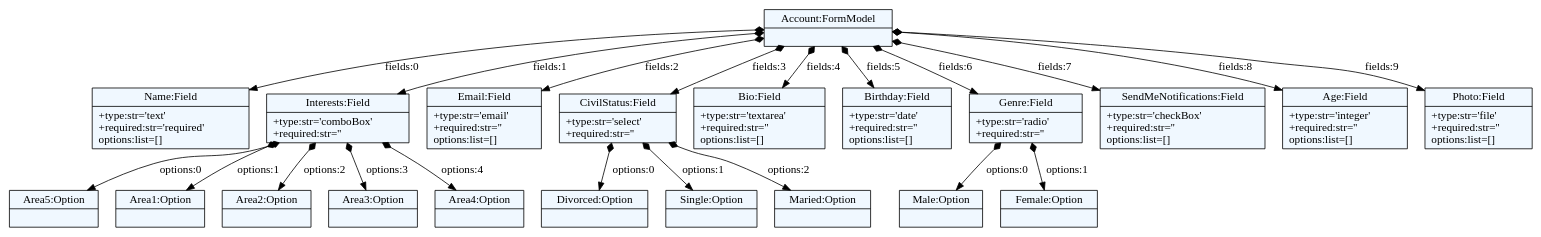
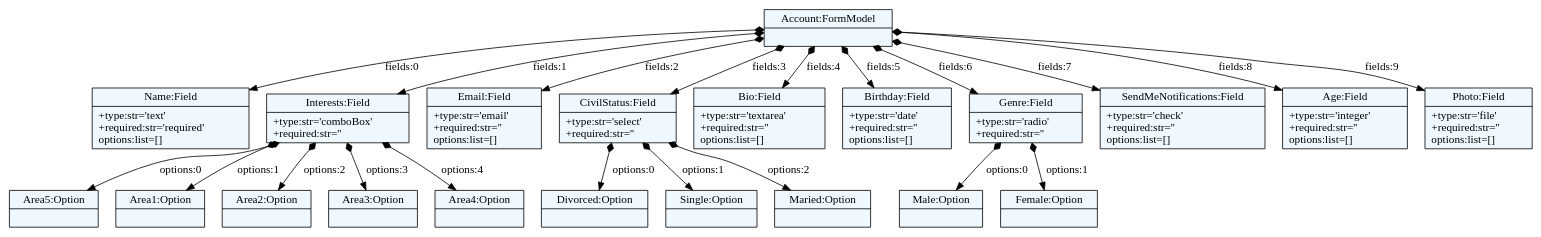
The diagram in srcgen/dot/form.dot (Aniz/formDSL), drawn with Graphviz before and after one commit. The commit also changed 4 other files, not shown here.

```diff
--- a/srcgen/dot/form.dot
+++ b/srcgen/dot/form.dot
@@ -1,56 +1,56 @@
 
     digraph xtext {
     fontname = "Bitstream Vera Sans"
     fontsize = 8
     node[
         shape=record,
         style=filled,
         fillcolor=aliceblue
     ]
     nodesep = 0.3
     edge[dir=black,arrowtail=empty]
 
 
-4416356136 -> 4416492992 [label="fields:0" arrowtail=diamond dir=both]
-4416492992[label="{Name:Field|+type:str='text'\l+required:str='required'\loptions:list=[]\l}"]
-4416356136 -> 4416493048 [label="fields:1" arrowtail=diamond dir=both]
-4416493048 -> 4416493216 [label="options:0" arrowtail=diamond dir=both]
-4416493216[label="{Area5:Option|}"]
-4416493048 -> 4416493272 [label="options:1" arrowtail=diamond dir=both]
-4416493272[label="{Area1:Option|}"]
-4416493048 -> 4416493384 [label="options:2" arrowtail=diamond dir=both]
-4416493384[label="{Area2:Option|}"]
-4416493048 -> 4416493440 [label="options:3" arrowtail=diamond dir=both]
-4416493440[label="{Area3:Option|}"]
-4416493048 -> 4416493496 [label="options:4" arrowtail=diamond dir=both]
-4416493496[label="{Area4:Option|}"]
-4416493048[label="{Interests:Field|+type:str='comboBox'\l+required:str=''\l}"]
-4416356136 -> 4416493160 [label="fields:2" arrowtail=diamond dir=both]
-4416493160[label="{Email:Field|+type:str='email'\l+required:str=''\loptions:list=[]\l}"]
-4416356136 -> 4416493104 [label="fields:3" arrowtail=diamond dir=both]
-4416493104 -> 4416493328 [label="options:0" arrowtail=diamond dir=both]
-4416493328[label="{Divorced:Option|}"]
-4416493104 -> 4416493664 [label="options:1" arrowtail=diamond dir=both]
-4416493664[label="{Single:Option|}"]
-4416493104 -> 4416493776 [label="options:2" arrowtail=diamond dir=both]
-4416493776[label="{Maried:Option|}"]
-4416493104[label="{CivilStatus:Field|+type:str='select'\l+required:str=''\l}"]
-4416356136 -> 4416493552 [label="fields:4" arrowtail=diamond dir=both]
-4416493552[label="{Bio:Field|+type:str='textarea'\l+required:str=''\loptions:list=[]\l}"]
-4416356136 -> 4416493608 [label="fields:5" arrowtail=diamond dir=both]
-4416493608[label="{Birthday:Field|+type:str='date'\l+required:str=''\loptions:list=[]\l}"]
-4416356136 -> 4416493832 [label="fields:6" arrowtail=diamond dir=both]
-4416493832 -> 4416493944 [label="options:0" arrowtail=diamond dir=both]
-4416493944[label="{Male:Option|}"]
-4416493832 -> 4416494000 [label="options:1" arrowtail=diamond dir=both]
-4416494000[label="{Female:Option|}"]
-4416493832[label="{Genre:Field|+type:str='radio'\l+required:str=''\l}"]
-4416356136 -> 4416493888 [label="fields:7" arrowtail=diamond dir=both]
-4416493888[label="{SendMeNotifications:Field|+type:str='checkBox'\l+required:str=''\loptions:list=[]\l}"]
-4416356136 -> 4416493720 [label="fields:8" arrowtail=diamond dir=both]
-4416493720[label="{Age:Field|+type:str='integer'\l+required:str=''\loptions:list=[]\l}"]
-4416356136 -> 4416494112 [label="fields:9" arrowtail=diamond dir=both]
-4416494112[label="{Photo:Field|+type:str='file'\l+required:str=''\loptions:list=[]\l}"]
-4416356136[label="{Account:FormModel|}"]
+4380118712 -> 4380259720 [label="fields:0" arrowtail=diamond dir=both]
+4380259720[label="{Name:Field|+type:str='text'\l+required:str='required'\loptions:list=[]\l}"]
+4380118712 -> 4380259776 [label="fields:1" arrowtail=diamond dir=both]
+4380259776 -> 4380259944 [label="options:0" arrowtail=diamond dir=both]
+4380259944[label="{Area5:Option|}"]
+4380259776 -> 4380260000 [label="options:1" arrowtail=diamond dir=both]
+4380260000[label="{Area1:Option|}"]
+4380259776 -> 4380260112 [label="options:2" arrowtail=diamond dir=both]
+4380260112[label="{Area2:Option|}"]
+4380259776 -> 4380260168 [label="options:3" arrowtail=diamond dir=both]
+4380260168[label="{Area3:Option|}"]
+4380259776 -> 4380260224 [label="options:4" arrowtail=diamond dir=both]
+4380260224[label="{Area4:Option|}"]
+4380259776[label="{Interests:Field|+type:str='comboBox'\l+required:str=''\l}"]
+4380118712 -> 4380259888 [label="fields:2" arrowtail=diamond dir=both]
+4380259888[label="{Email:Field|+type:str='email'\l+required:str=''\loptions:list=[]\l}"]
+4380118712 -> 4380259832 [label="fields:3" arrowtail=diamond dir=both]
+4380259832 -> 4380260056 [label="options:0" arrowtail=diamond dir=both]
+4380260056[label="{Divorced:Option|}"]
+4380259832 -> 4380260392 [label="options:1" arrowtail=diamond dir=both]
+4380260392[label="{Single:Option|}"]
+4380259832 -> 4380260504 [label="options:2" arrowtail=diamond dir=both]
+4380260504[label="{Maried:Option|}"]
+4380259832[label="{CivilStatus:Field|+type:str='select'\l+required:str=''\l}"]
+4380118712 -> 4380260280 [label="fields:4" arrowtail=diamond dir=both]
+4380260280[label="{Bio:Field|+type:str='textarea'\l+required:str=''\loptions:list=[]\l}"]
+4380118712 -> 4380260336 [label="fields:5" arrowtail=diamond dir=both]
+4380260336[label="{Birthday:Field|+type:str='date'\l+required:str=''\loptions:list=[]\l}"]
+4380118712 -> 4380260560 [label="fields:6" arrowtail=diamond dir=both]
+4380260560 -> 4380260672 [label="options:0" arrowtail=diamond dir=both]
+4380260672[label="{Male:Option|}"]
+4380260560 -> 4380260728 [label="options:1" arrowtail=diamond dir=both]
+4380260728[label="{Female:Option|}"]
+4380260560[label="{Genre:Field|+type:str='radio'\l+required:str=''\l}"]
+4380118712 -> 4380260616 [label="fields:7" arrowtail=diamond dir=both]
+4380260616[label="{SendMeNotifications:Field|+type:str='check'\l+required:str=''\loptions:list=[]\l}"]
+4380118712 -> 4380260448 [label="fields:8" arrowtail=diamond dir=both]
+4380260448[label="{Age:Field|+type:str='integer'\l+required:str=''\loptions:list=[]\l}"]
+4380118712 -> 4380260840 [label="fields:9" arrowtail=diamond dir=both]
+4380260840[label="{Photo:Field|+type:str='file'\l+required:str=''\loptions:list=[]\l}"]
+4380118712[label="{Account:FormModel|}"]
 
 }
```
